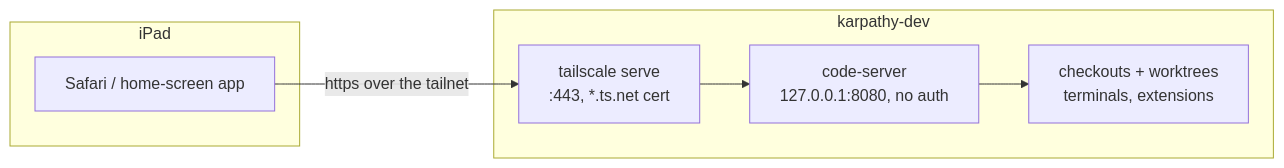
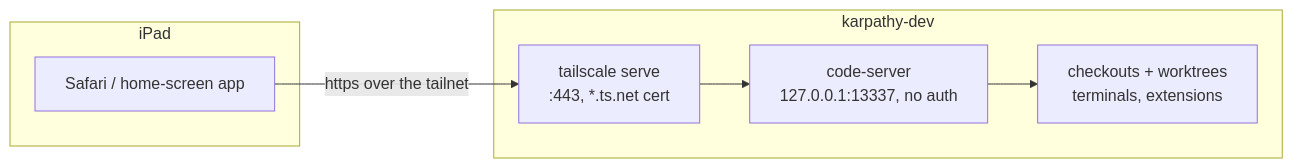
The diagram in specs/changes/ipad-code-server/proposal.md (tillg/karpathy.app), drawn with Mermaid before and after one commit. The commit also changed other lines of this file and 7 other files, not shown here.

````diff
--- a/specs/changes/ipad-code-server/proposal.md
+++ b/specs/changes/ipad-code-server/proposal.md
@@ -34,12 +34,12 @@
 ```mermaid
 flowchart LR
   subgraph iPad
     S["Safari / home-screen app"]
   end
   subgraph DH["karpathy-dev"]
     TS["tailscale serve<br/>:443, *.ts.net cert"]
-    CS["code-server<br/>127.0.0.1:8080, no auth"]
+    CS["code-server<br/>127.0.0.1:13337, no auth"]
     W["checkouts + worktrees<br/>terminals, extensions"]
   end
   S -- "https over the tailnet" --> TS --> CS --> W
 ```
````
